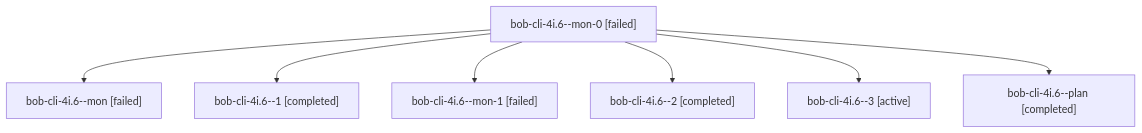
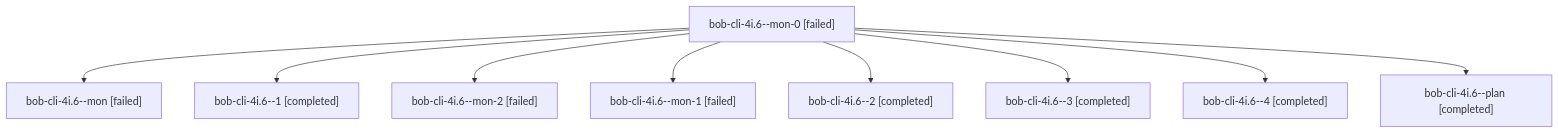
Before and after one commit to bobs-org/bob-cli--agents: the diagram in sessions/bbugyi200.apollo.bob-cli-4i.6.md, drawn with Mermaid. The commit also changed other lines of this file and 87 other files, not shown here.

````diff
--- a/sessions/bbugyi200.apollo.bob-cli-4i.6.md
+++ b/sessions/bbugyi200.apollo.bob-cli-4i.6.md
@@ -9,16 +9,20 @@
 ```mermaid
 flowchart TD
   n0["bob-cli-4i.6--mon-0 [failed]"]
   n1["bob-cli-4i.6--mon [failed]"]
   n0 --> n1
   n2["bob-cli-4i.6--1 [completed]"]
   n0 --> n2
-  n3["bob-cli-4i.6--mon-1 [failed]"]
+  n3["bob-cli-4i.6--mon-2 [failed]"]
   n0 --> n3
-  n4["bob-cli-4i.6--2 [completed]"]
+  n4["bob-cli-4i.6--mon-1 [failed]"]
   n0 --> n4
-  n5["bob-cli-4i.6--3 [active]"]
+  n5["bob-cli-4i.6--2 [completed]"]
   n0 --> n5
-  n6["bob-cli-4i.6--plan [completed]"]
+  n6["bob-cli-4i.6--3 [completed]"]
   n0 --> n6
+  n7["bob-cli-4i.6--4 [completed]"]
+  n0 --> n7
+  n8["bob-cli-4i.6--plan [completed]"]
+  n0 --> n8
 ```
````
